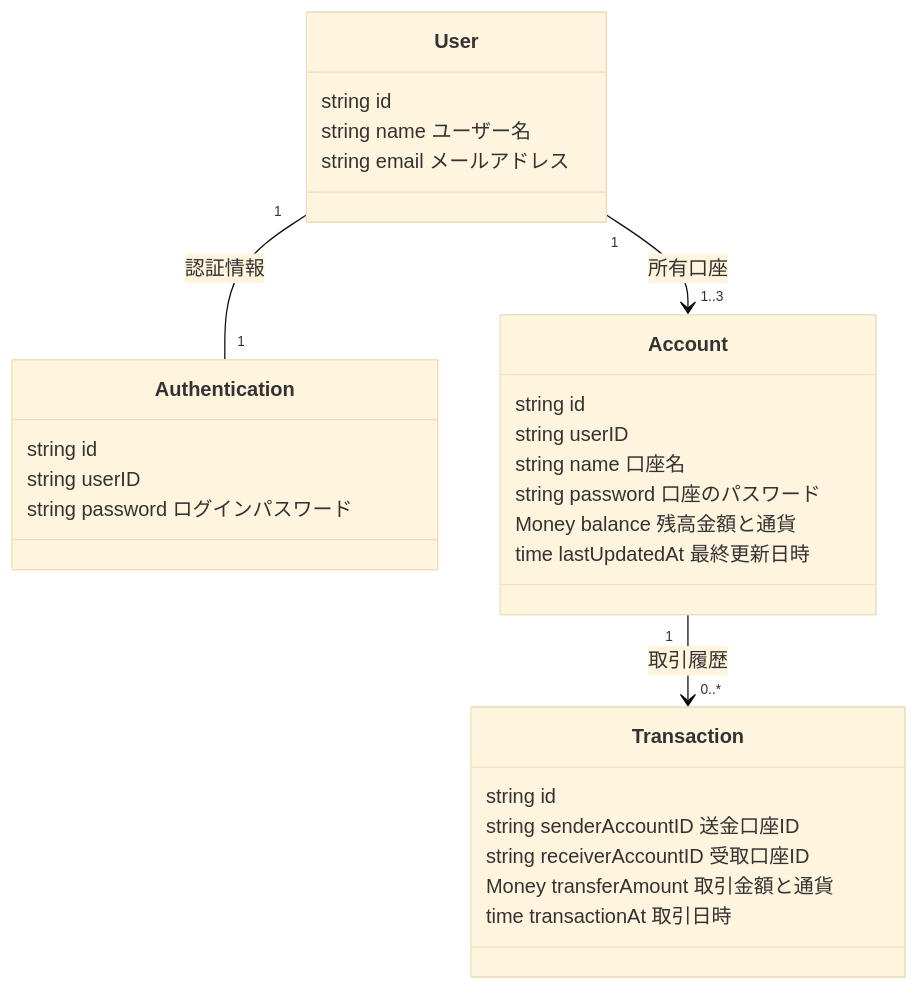
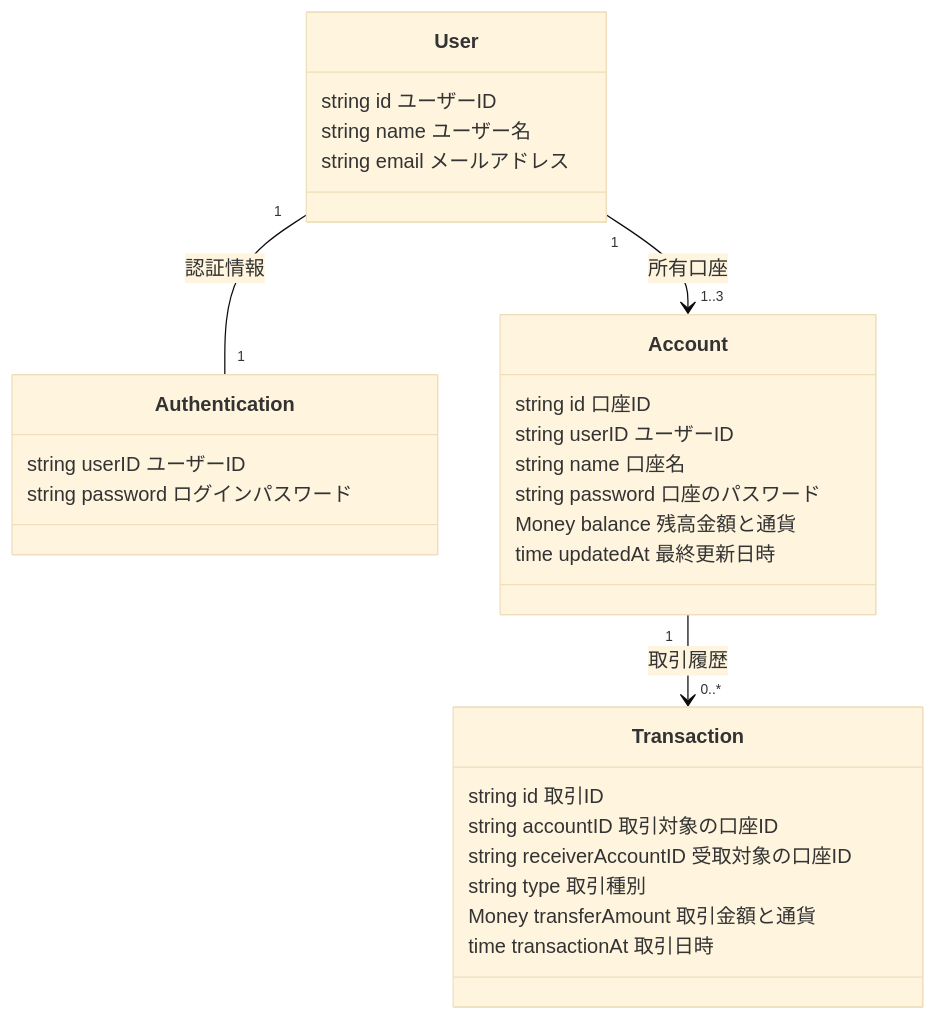
The diagram in internal/domain/model_diagram.md (u104rak1/pocgo), drawn with Mermaid (base theme) before and after one commit. The commit also changed 16 other files, not shown here.

````diff
--- a/internal/domain/model_diagram.md
+++ b/internal/domain/model_diagram.md
@@ -1,35 +1,35 @@
 ```mermaid
 classDiagram
   class User {
-    string id
+    string id ユーザーID
     string name ユーザー名
     string email メールアドレス
   }
 
   class Authentication {
-    string id
-    string userID
+    string userID ユーザーID
     string password ログインパスワード
   }
 
   class Account {
-    string id
-    string userID
-    string name          口座名
-    string password      口座のパスワード
-    Money  balance       残高金額と通貨
-    time   lastUpdatedAt 最終更新日時
+    string id 口座ID
+    string userID ユーザーID
+    string name 口座名
+    string password 口座のパスワード
+    Money  balance 残高金額と通貨
+    time   updatedAt 最終更新日時
   }
 
   class Transaction {
-    string id
-    string senderAccountID   送金口座ID
-    string receiverAccountID 受取口座ID
-    Money  transferAmount    取引金額と通貨
-    time   transactionAt     取引日時
+    string id 取引ID
+    string accountID 取引対象の口座ID
+    string receiverAccountID 受取対象の口座ID
+    string type 取引種別
+    Money  transferAmount 取引金額と通貨
+    time   transactionAt 取引日時
   }
 
   User "1" -- "1" Authentication : 認証情報
   User "1" --> "1..3" Account : 所有口座
   Account "1" --> "0..*" Transaction : 取引履歴
 ```
````
